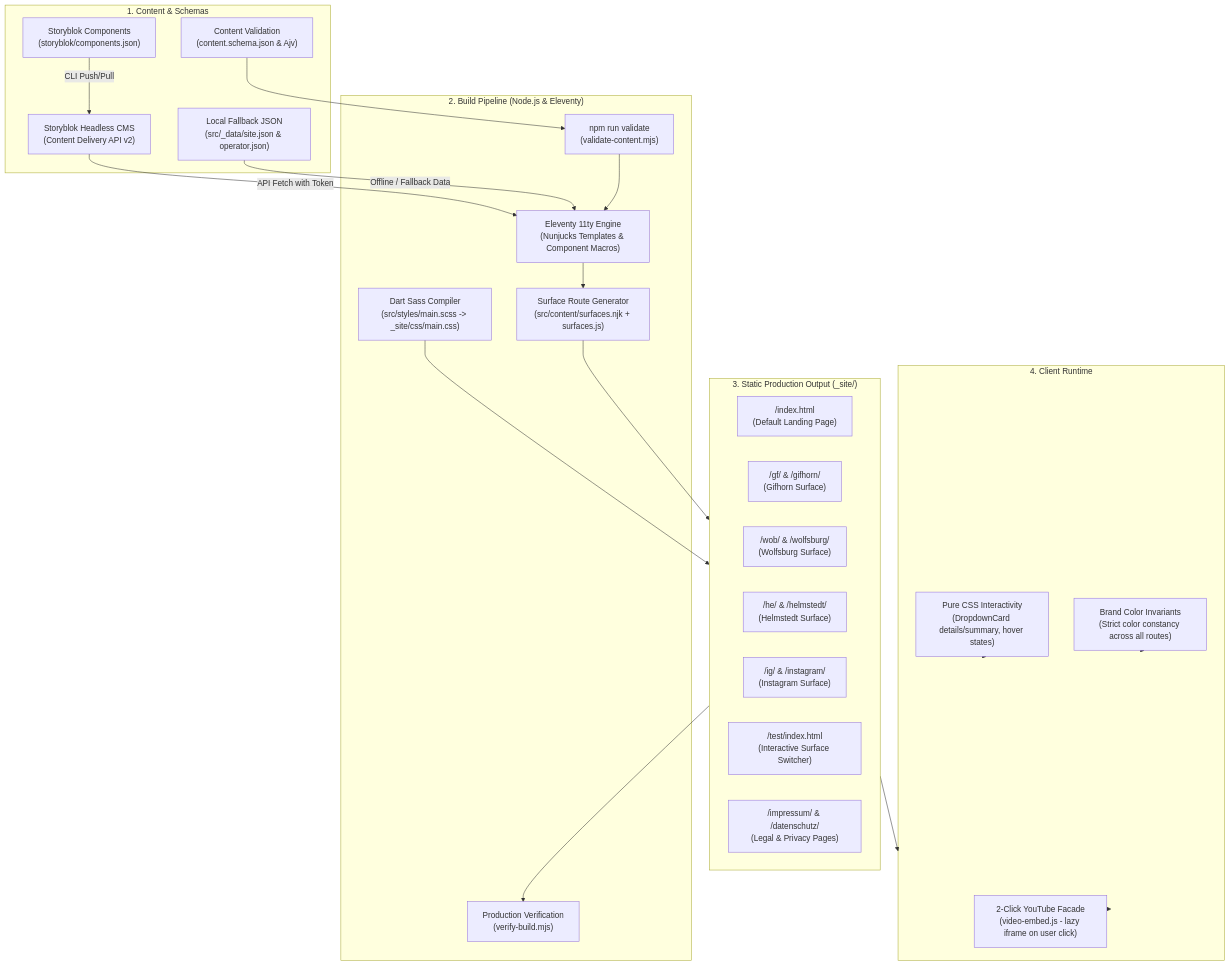
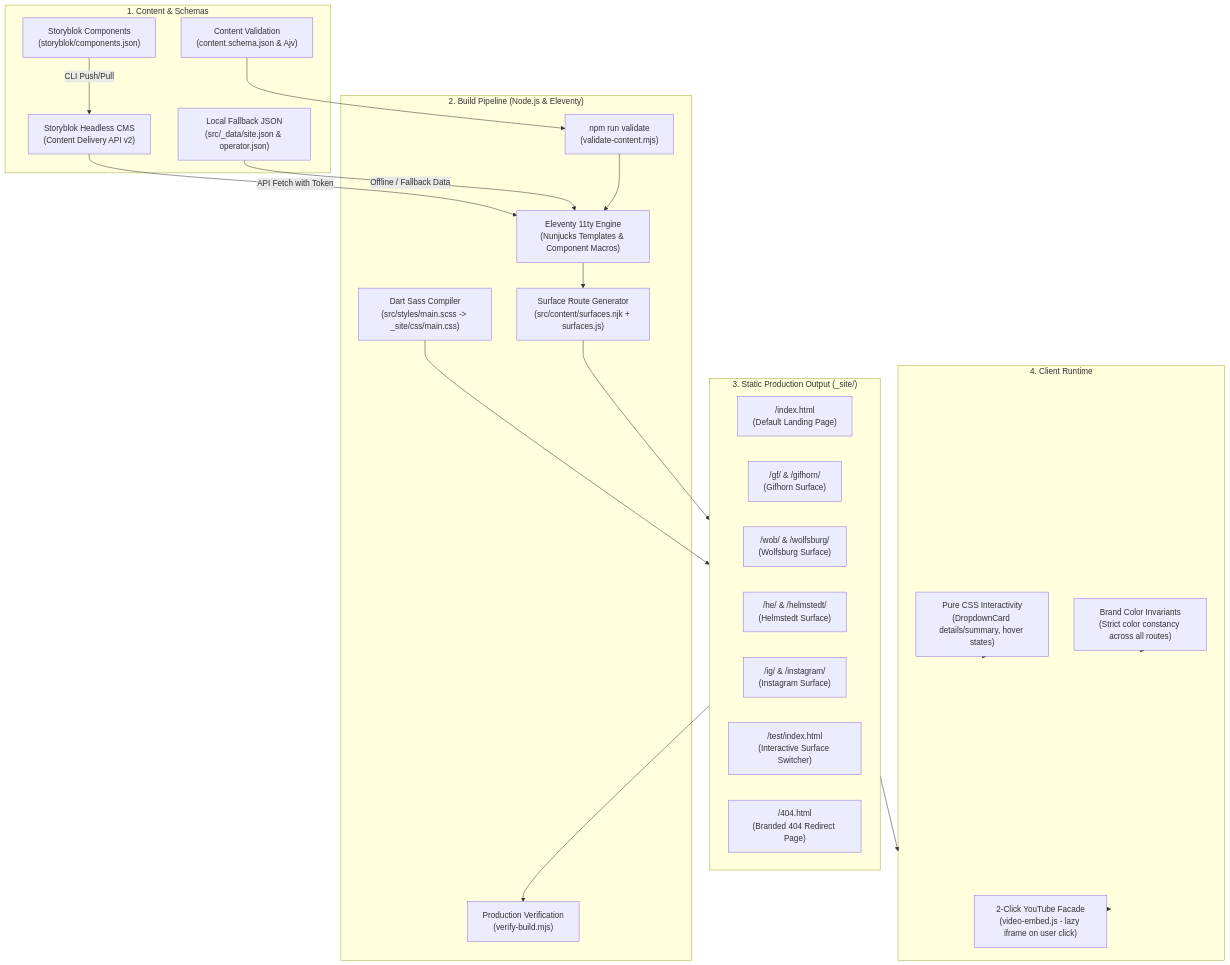
Before and after one commit to Echo-Kirche/link-tree: the diagram in docs/ARCHITECTURE.md, drawn with Mermaid. The commit also changed other lines of this file and 19 other files, not shown here.

Commit message:
feat(legal): remove local /datenschutz and /impressum routes in favor of external links

````diff
--- a/docs/ARCHITECTURE.md
+++ b/docs/ARCHITECTURE.md
@@ -18,48 +18,48 @@
 ```mermaid
 flowchart TD
   subgraph DataLayer["1. Content & Schemas"]
     SB["Storyblok Headless CMS<br/>(Content Delivery API v2)"]
     Fallback["Local Fallback JSON<br/>(src/_data/site.json & operator.json)"]
     Schema["Content Validation<br/>(content.schema.json & Ajv)"]
     CompSchema["Storyblok Components<br/>(storyblok/components.json)"]
   end
 
   subgraph BuildPipeline["2. Build Pipeline (Node.js & Eleventy)"]
     Validate["npm run validate<br/>(validate-content.mjs)"]
     Sass["Dart Sass Compiler<br/>(src/styles/main.scss -> _site/css/main.css)"]
     Eleventy["Eleventy 11ty Engine<br/>(Nunjucks Templates & Component Macros)"]
     SurfacesGen["Surface Route Generator<br/>(src/content/surfaces.njk + surfaces.js)"]
     Verify["Production Verification<br/>(verify-build.mjs)"]
   end
 
   subgraph StaticOutput["3. Static Production Output (_site/)"]
     Home["/index.html<br/>(Default Landing Page)"]
     GF["/gf/ & /gifhorn/<br/>(Gifhorn Surface)"]
     WOB["/wob/ & /wolfsburg/<br/>(Wolfsburg Surface)"]
     HE["/he/ & /helmstedt/<br/>(Helmstedt Surface)"]
     IG["/ig/ & /instagram/<br/>(Instagram Surface)"]
     TestRoute["/test/index.html<br/>(Interactive Surface Switcher)"]
-    Legal["/impressum/ & /datenschutz/<br/>(Legal & Privacy Pages)"]
+    NotFound["/404.html<br/>(Branded 404 Redirect Page)"]
   end
 
   subgraph ClientRuntime["4. Client Runtime"]
     PureCSS["Pure CSS Interactivity<br/>(DropdownCard details/summary, hover states)"]
     BrandTokens["Brand Color Invariants<br/>(Strict color constancy across all routes)"]
     VideoFacade["2-Click YouTube Facade<br/>(video-embed.js - lazy iframe on user click)"]
   end
 
   SB -->|API Fetch with Token| Eleventy
   Fallback -->|Offline / Fallback Data| Eleventy
   Schema --> Validate
   CompSchema -->|CLI Push/Pull| SB
   Validate --> Eleventy
   Sass --> StaticOutput
   Eleventy --> SurfacesGen
   SurfacesGen --> StaticOutput
   StaticOutput --> Verify
 
   StaticOutput --> ClientRuntime
   PureCSS --> ClientRuntime
   BrandTokens --> ClientRuntime
   VideoFacade --> ClientRuntime
 ```
````
